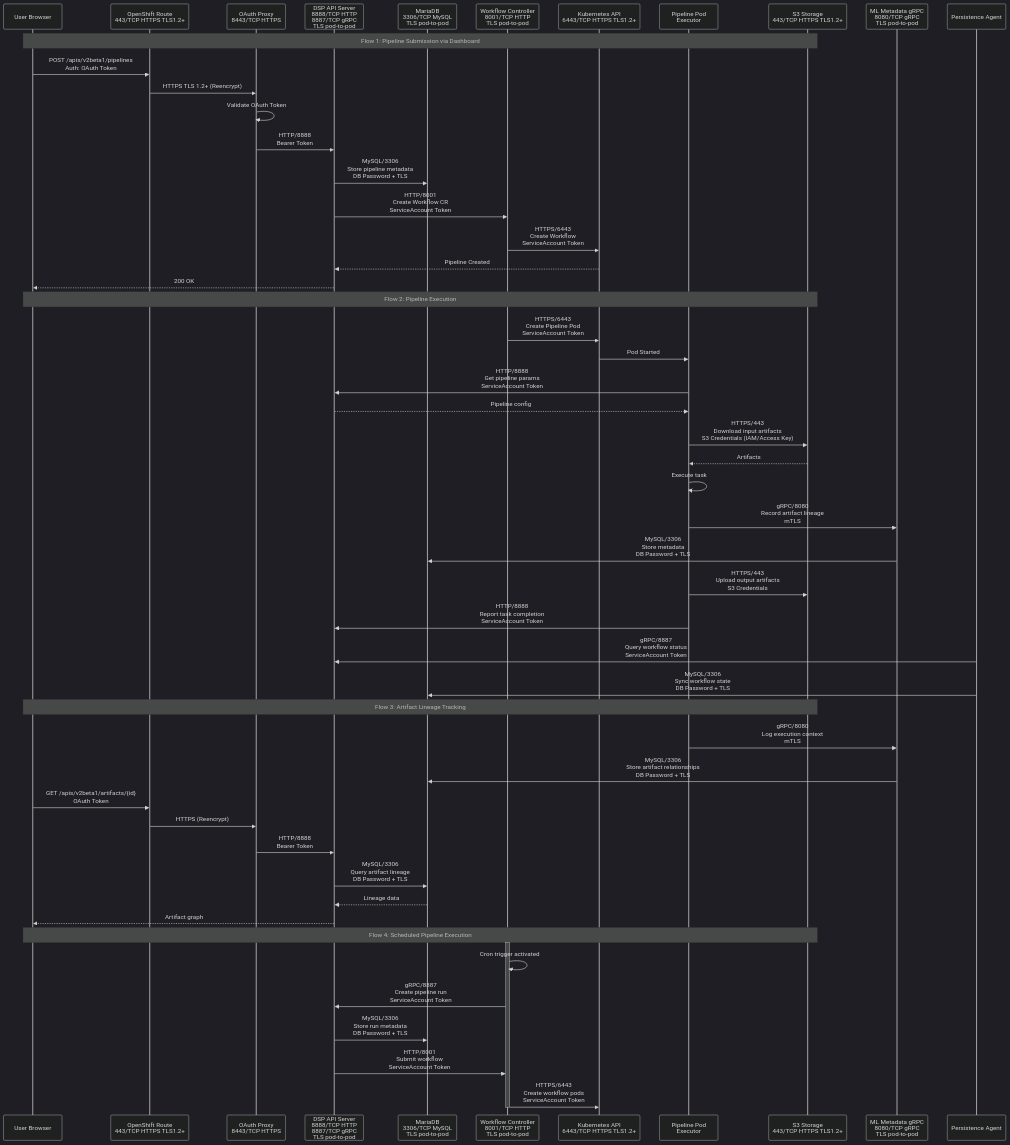
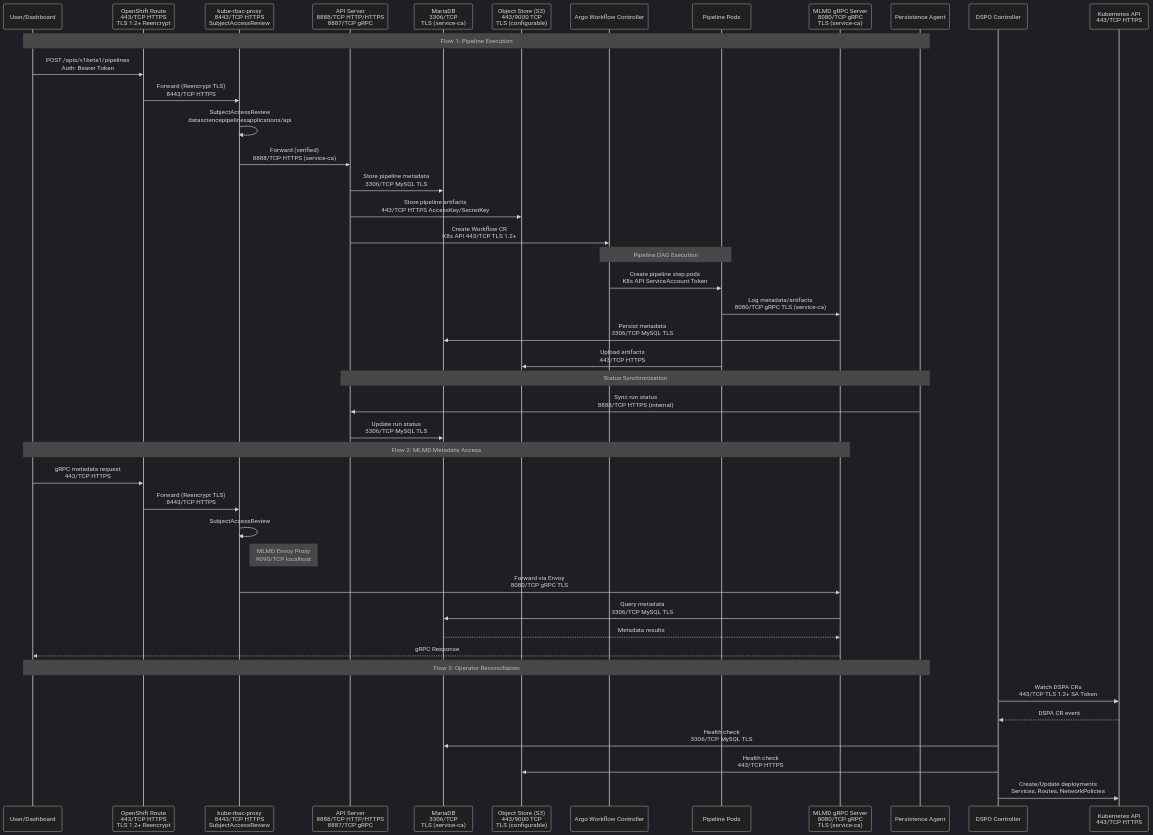
One commit to rhuss/architecture-context changed the diagram in architecture/rhoai-3.0/diagrams/data-science-pipelines-operator-dataflow.mmd. Above: the diagram before and after it, drawn with Mermaid (dark theme). The commit also changed 512 other files, not shown here.

```diff
--- a/architecture/rhoai-3.0/diagrams/data-science-pipelines-operator-dataflow.mmd
+++ b/architecture/rhoai-3.0/diagrams/data-science-pipelines-operator-dataflow.mmd
@@ -1,61 +1,59 @@
+%% Data Flow Diagram - Data Science Pipelines Operator (DSPO)
+%% Generated by: Claude Opus 4.6
+%% Source: architecture/rhoai-3.0/data-science-pipelines-operator.md
+
 sequenceDiagram
-    participant User as User Browser
-    participant Route as OpenShift Route<br/>443/TCP HTTPS TLS1.2+
-    participant OAuth as OAuth Proxy<br/>8443/TCP HTTPS
-    participant API as DSP API Server<br/>8888/TCP HTTP<br/>8887/TCP gRPC<br/>TLS pod-to-pod
-    participant MariaDB as MariaDB<br/>3306/TCP MySQL<br/>TLS pod-to-pod
-    participant WFC as Workflow Controller<br/>8001/TCP HTTP<br/>TLS pod-to-pod
-    participant K8s as Kubernetes API<br/>6443/TCP HTTPS TLS1.2+
-    participant PipelinePod as Pipeline Pod<br/>Executor
-    participant S3 as S3 Storage<br/>443/TCP HTTPS TLS1.2+
-    participant MLMD as ML Metadata gRPC<br/>8080/TCP gRPC<br/>TLS pod-to-pod
+    participant User as User/Dashboard
+    participant Route as OpenShift Route<br/>443/TCP HTTPS<br/>TLS 1.2+ Reencrypt
+    participant KRBP as kube-rbac-proxy<br/>8443/TCP HTTPS<br/>SubjectAccessReview
+    participant API as API Server<br/>8888/TCP HTTP/HTTPS<br/>8887/TCP gRPC
+    participant DB as MariaDB<br/>3306/TCP<br/>TLS (service-ca)
+    participant S3 as Object Store (S3)<br/>443/9000 TCP<br/>TLS (configurable)
+    participant Argo as Argo Workflow Controller
+    participant Pods as Pipeline Pods
+    participant MLMD as MLMD gRPC Server<br/>8080/TCP gRPC<br/>TLS (service-ca)
     participant PA as Persistence Agent
 
-    Note over User,S3: Flow 1: Pipeline Submission via Dashboard
+    Note over User,PA: Flow 1: Pipeline Execution
 
-    User->>Route: POST /apis/v2beta1/pipelines<br/>Auth: OAuth Token
-    Route->>OAuth: HTTPS TLS 1.2+ (Reencrypt)
-    OAuth->>OAuth: Validate OAuth Token
-    OAuth->>API: HTTP/8888<br/>Bearer Token
-    API->>MariaDB: MySQL/3306<br/>Store pipeline metadata<br/>DB Password + TLS
-    API->>WFC: HTTP/8001<br/>Create Workflow CR<br/>ServiceAccount Token
-    WFC->>K8s: HTTPS/6443<br/>Create Workflow<br/>ServiceAccount Token
-    K8s-->>API: Pipeline Created
-    API-->>User: 200 OK
+    User->>Route: POST /apis/v1beta1/pipelines<br/>Auth: Bearer Token
+    Route->>KRBP: Forward (Reencrypt TLS)<br/>8443/TCP HTTPS
+    KRBP->>KRBP: SubjectAccessReview<br/>datasciencepipelinesapplications/api
+    KRBP->>API: Forward (verified)<br/>8888/TCP HTTPS (service-ca)
+    API->>DB: Store pipeline metadata<br/>3306/TCP MySQL TLS
+    API->>S3: Store pipeline artifacts<br/>443/TCP HTTPS AccessKey/SecretKey
+    API->>Argo: Create Workflow CR<br/>K8s API 443/TCP TLS 1.2+
 
-    Note over User,S3: Flow 2: Pipeline Execution
+    Note over Argo,Pods: Pipeline DAG Execution
 
-    WFC->>K8s: HTTPS/6443<br/>Create Pipeline Pod<br/>ServiceAccount Token
-    K8s->>PipelinePod: Pod Started
-    PipelinePod->>API: HTTP/8888<br/>Get pipeline params<br/>ServiceAccount Token
-    API-->>PipelinePod: Pipeline config
-    PipelinePod->>S3: HTTPS/443<br/>Download input artifacts<br/>S3 Credentials (IAM/Access Key)
-    S3-->>PipelinePod: Artifacts
-    PipelinePod->>PipelinePod: Execute task
-    PipelinePod->>MLMD: gRPC/8080<br/>Record artifact lineage<br/>mTLS
-    MLMD->>MariaDB: MySQL/3306<br/>Store metadata<br/>DB Password + TLS
-    PipelinePod->>S3: HTTPS/443<br/>Upload output artifacts<br/>S3 Credentials
-    PipelinePod->>API: HTTP/8888<br/>Report task completion<br/>ServiceAccount Token
-    PA->>API: gRPC/8887<br/>Query workflow status<br/>ServiceAccount Token
-    PA->>MariaDB: MySQL/3306<br/>Sync workflow state<br/>DB Password + TLS
+    Argo->>Pods: Create pipeline step pods<br/>K8s API ServiceAccount Token
+    Pods->>MLMD: Log metadata/artifacts<br/>8080/TCP gRPC TLS (service-ca)
+    MLMD->>DB: Persist metadata<br/>3306/TCP MySQL TLS
+    Pods->>S3: Upload artifacts<br/>443/TCP HTTPS
 
-    Note over User,S3: Flow 3: Artifact Lineage Tracking
+    Note over PA,API: Status Synchronization
 
-    PipelinePod->>MLMD: gRPC/8080<br/>Log execution context<br/>mTLS
-    MLMD->>MariaDB: MySQL/3306<br/>Store artifact relationships<br/>DB Password + TLS
-    User->>Route: GET /apis/v2beta1/artifacts/{id}<br/>OAuth Token
-    Route->>OAuth: HTTPS (Reencrypt)
-    OAuth->>API: HTTP/8888<br/>Bearer Token
-    API->>MariaDB: MySQL/3306<br/>Query artifact lineage<br/>DB Password + TLS
-    MariaDB-->>API: Lineage data
-    API-->>User: Artifact graph
+    PA->>API: Sync run status<br/>8888/TCP HTTPS (internal)
+    API->>DB: Update run status<br/>3306/TCP MySQL TLS
 
-    Note over User,S3: Flow 4: Scheduled Pipeline Execution
+    Note over User,MLMD: Flow 2: MLMD Metadata Access
 
-    activate WFC
-    WFC->>WFC: Cron trigger activated
-    WFC->>API: gRPC/8887<br/>Create pipeline run<br/>ServiceAccount Token
-    API->>MariaDB: MySQL/3306<br/>Store run metadata<br/>DB Password + TLS
-    API->>WFC: HTTP/8001<br/>Submit workflow<br/>ServiceAccount Token
-    WFC->>K8s: HTTPS/6443<br/>Create workflow pods<br/>ServiceAccount Token
-    deactivate WFC
+    User->>Route: gRPC metadata request<br/>443/TCP HTTPS
+    Route->>KRBP: Forward (Reencrypt TLS)<br/>8443/TCP HTTPS
+    KRBP->>KRBP: SubjectAccessReview
+    Note right of KRBP: MLMD Envoy Proxy<br/>9090/TCP localhost
+    KRBP->>MLMD: Forward via Envoy<br/>8080/TCP gRPC TLS
+    MLMD->>DB: Query metadata<br/>3306/TCP MySQL TLS
+    DB-->>MLMD: Metadata results
+    MLMD-->>User: gRPC Response
+
+    Note over User,PA: Flow 3: Operator Reconciliation
+
+    participant DSPO as DSPO Controller
+    participant K8s as Kubernetes API<br/>443/TCP HTTPS
+
+    DSPO->>K8s: Watch DSPA CRs<br/>443/TCP TLS 1.2+ SA Token
+    K8s-->>DSPO: DSPA CR event
+    DSPO->>DB: Health check<br/>3306/TCP MySQL TLS
+    DSPO->>S3: Health check<br/>443/TCP HTTPS
+    DSPO->>K8s: Create/Update deployments<br/>Services, Routes, NetworkPolicies
```
